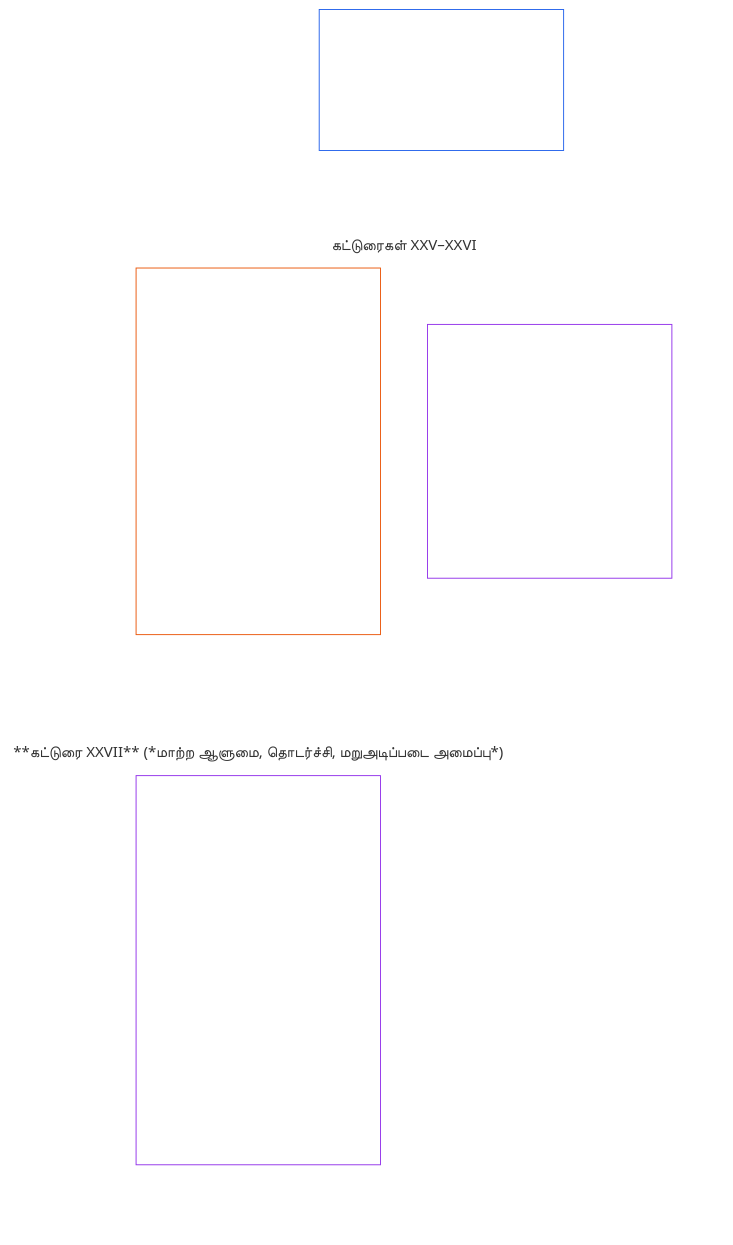
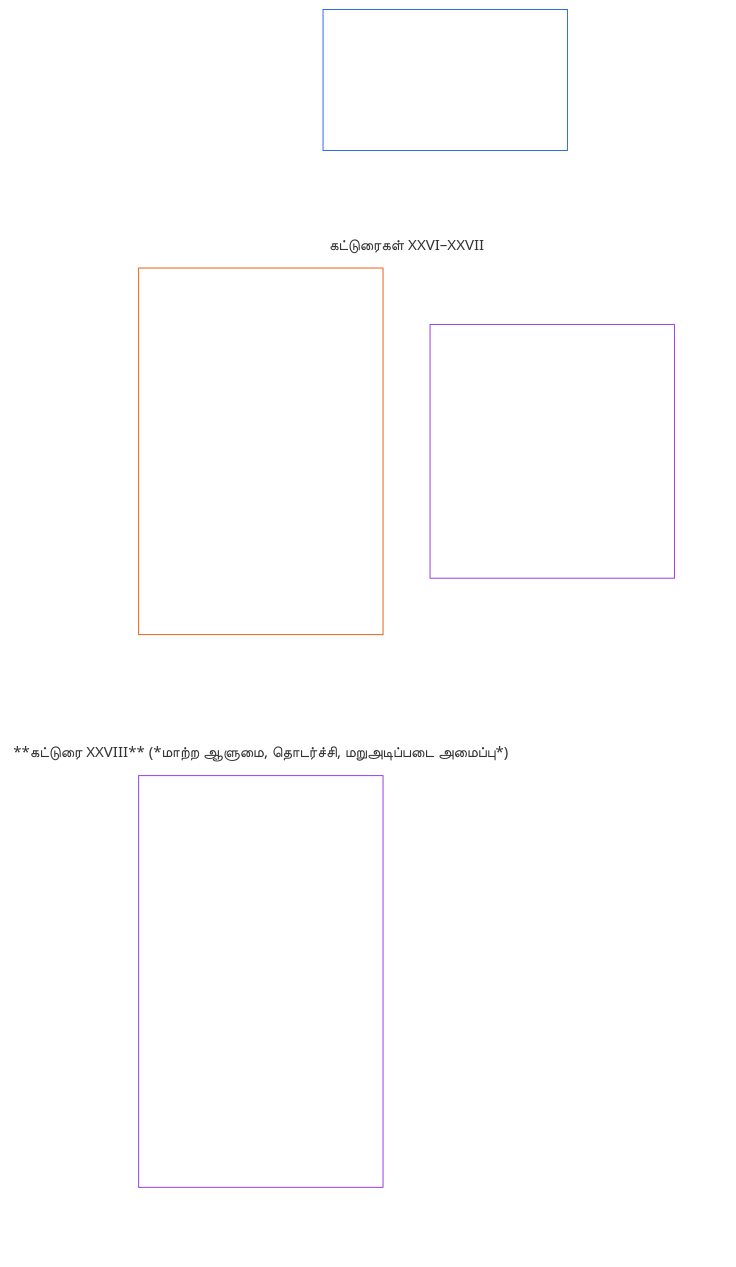
One commit to kfoelsch/Sentient_Constitution changed the diagram in translations/ta/core_06_rights_part_e.md. Above: the diagram before and after it, drawn with Mermaid (neutral theme). The commit also changed other lines of this file and 353 other files, not shown here.

````diff
--- a/translations/ta/core_06_rights_part_e.md
+++ b/translations/ta/core_06_rights_part_e.md
@@ -40,24 +40,24 @@
 ```mermaid
 flowchart TB
     D0["பகுதி E<br/><br/>மோதல் தீர்வு, மறுஆய்வு, அரசியலமைப்பு பரிணாமம், மாற்றம்"]
     subgraph Dgrid[" "]
         direction TB
-        subgraph Drow1["கட்டுரைகள் XXV–XXVI"]
-            D1["**கட்டுரை XXV** (*சரியான நேரத்தில் பின்னோக்கி மறுஆய்வு மற்றும் மறுசீரமைப்பு ஒத்திசைவு*) · சரியான நேரத்தில் பின்னோக்கி மறுஆய்வு மற்றும் மறுசீரமைப்பு ஒத்திசைவு<br/><br/>• பின்னோக்கி மறுஆய்வு மற்றும் வெளிப்படுத்தல்<br/>• உரிமை மோதல் நடைமுறை<br/>• மறுசீரமைப்பு ஒத்திசைவு<br/>• சரியான நேரத் தீர்வு, தாமதத் தடுப்பு"]
-            D2["**கட்டுரை XXVI** (*அரசியலமைப்பு பரிணாமம், நிலைநிறுத்தாமை*) · அரசியலமைப்பு பரிணாமம், நிலைநிறுத்தாமை<br/><br/>• நிலைநிறுத்தாமை, மறுபரிசீலனைச் சாத்தியம்<br/>• காலமுறை மறுசரிபார்ப்பு, வெளிப்படையான மாற்றம்"]
+        subgraph Drow1["கட்டுரைகள் XXVI–XXVII"]
+            D1["**கட்டுரை XXVI** (*சரியான நேரத்தில் பின்னோக்கி மறுஆய்வு மற்றும் மறுசீரமைப்பு ஒத்திசைவு*) · சரியான நேரத்தில் பின்னோக்கி மறுஆய்வு மற்றும் மறுசீரமைப்பு ஒத்திசைவு<br/><br/>• பின்னோக்கி மறுஆய்வு மற்றும் வெளிப்படுத்தல்<br/>• உரிமை மோதல் நடைமுறை<br/>• மறுசீரமைப்பு ஒத்திசைவு<br/>• சரியான நேரத் தீர்வு, தாமதத் தடுப்பு"]
+            D2["**கட்டுரை XXVII** (*அரசியலமைப்பு பரிணாமம், நிலைநிறுத்தாமை*) · அரசியலமைப்பு பரிணாமம், நிலைநிறுத்தாமை<br/><br/>• நிலைநிறுத்தாமை, மறுபரிசீலனைச் சாத்தியம்<br/>• காலமுறை மறுசரிபார்ப்பு, வெளிப்படையான மாற்றம்"]
         end
-        subgraph Drow2["**கட்டுரை XXVII** (*மாற்ற ஆளுமை, தொடர்ச்சி, மறுஅடிப்படை அமைப்பு*)"]
-            D3["**கட்டுரை XXVII** (*மாற்ற ஆளுமை, தொடர்ச்சி, மறுஅடிப்படை அமைப்பு*) · மாற்ற ஆளுமை, தொடர்ச்சி, மறுஅடிப்படை அமைப்பு<br/><br/>• கட்டப்படியான ஏற்பு, உரிமைக் குறைந்தபட்சத் தொடர்ச்சி<br/>• இடைக்கால அதிகாரம், மறுஅங்கீகாரம்<br/>• தோல்வி வெளியேற்றப் பாதைகள், மறுஅடிப்படை அமைப்பு, தடமறிதல்<br/>• இணக்கமற்ற சொத்து, அமைப்புகள்"]
+        subgraph Drow2["**கட்டுரை XXVIII** (*மாற்ற ஆளுமை, தொடர்ச்சி, மறுஅடிப்படை அமைப்பு*)"]
+            D3["**கட்டுரை XXVIII** (*மாற்ற ஆளுமை, தொடர்ச்சி, மறுஅடிப்படை அமைப்பு*) · மாற்ற ஆளுமை, தொடர்ச்சி, மறுஅடிப்படை அமைப்பு<br/><br/>• கட்டப்படியான ஏற்பு, உரிமைக் குறைந்தபட்சத் தொடர்ச்சி<br/>• இடைக்கால அதிகாரம், மறுஅங்கீகாரம்<br/>• தோல்வி வெளியேற்றப் பாதைகள், மறுஅடிப்படை அமைப்பு, தடமறிதல்<br/>• இணக்கமற்ற சொத்து, அமைப்புகள்"]
         end
     end
     %% மறை இணைப்புகள் இரண்டு அகல வரிசை அமைப்பை நிர்ணயிக்கின்றன: ஒவ்வொரு இணைப்பும் இலக்கை ஒரு நிலை கீழே வைக்கிறது.
     D0 ~~~ D1 & D2
     D1 ~~~ D3
     style Dgrid fill:none,stroke:none
     style Drow1 fill:none,stroke:none
     style Drow2 fill:none,stroke:none
     style D0 fill:none,stroke:#2563eb,color:#ffffff
     style D1 fill:none,stroke:#ea580c,color:#ffffff
     style D2 fill:none,stroke:#9333ea,color:#ffffff
     style D3 fill:none,stroke:#9333ea,color:#ffffff
 ```
````
